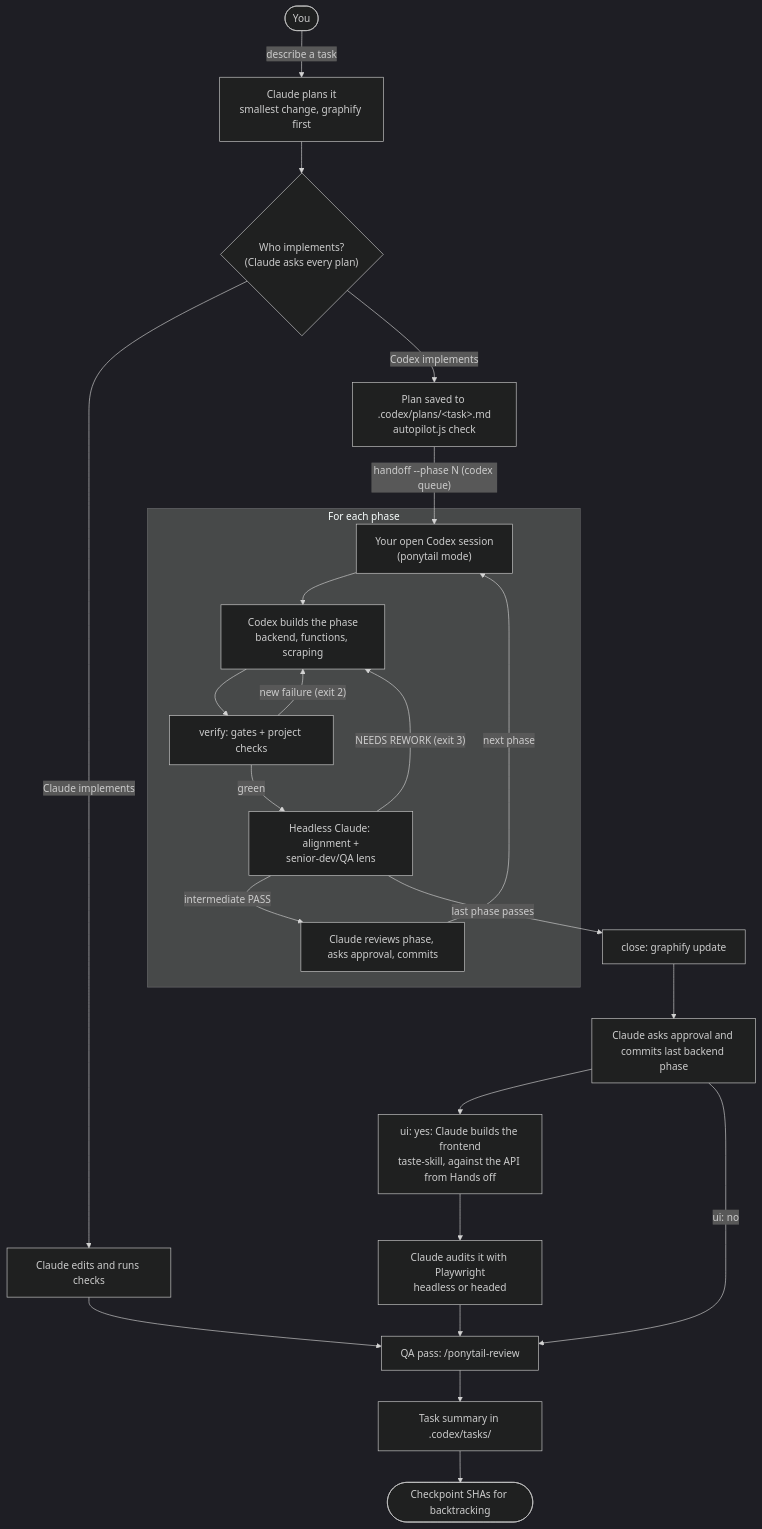
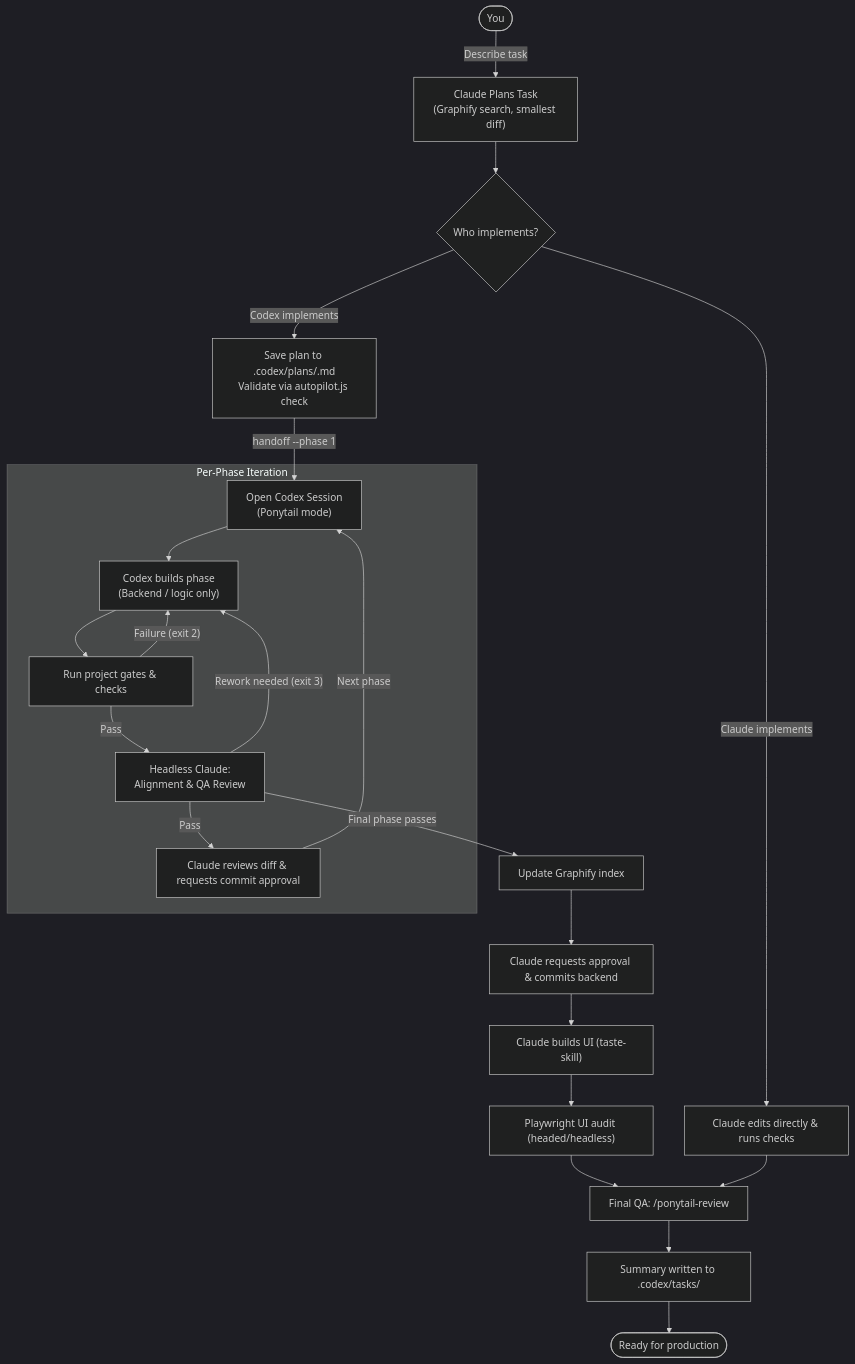
Before and after one commit to Jonrei1/dual-agent-workflow: the diagram in README.md, drawn with Mermaid (dark theme). The commit also changed other lines of this file, not shown here.

Commit message:
docs: truncate README.md to short summary

````diff
--- a/README.md
+++ b/README.md
@@ -30,28 +113,27 @@
 ```mermaid
 flowchart TD
-    you([You]) -->|describe a task| plan["Claude plans it<br/>smallest change, graphify first"]
-    plan --> ask{"Who implements?<br/>(Claude asks every plan)"}
-    ask -->|Claude implements| direct["Claude edits and runs checks"]
-    ask -->|Codex implements| save["Plan saved to .codex/plans/&lt;task&gt;.md<br/>autopilot.js check"]
-    save -->|"handoff --phase N (codex queue)"| codex["Your open Codex session<br/>(ponytail mode)"]
+    you([You]) -->|Describe task| plan["Claude Plans Task<br/>(Graphify search, smallest diff)"]
+    plan --> ask{"Who implements?"}
+    ask -->|Claude implements| direct["Claude edits directly & runs checks"]
+    ask -->|Codex implements| save["Save plan to .codex/plans/<task>.md<br/>Validate via autopilot.js check"]
+    save -->|"handoff --phase 1"| codex["Open Codex Session<br/>(Ponytail mode)"]
 
-    subgraph loop ["For each phase"]
-        codex --> build["Codex builds the phase<br/>backend, functions, scraping"]
-        build --> verify["verify: gates + project checks"]
-        verify -->|"new failure (exit 2)"| build
-        verify -->|green| align["Headless Claude: alignment +<br/>senior-dev/QA lens"]
-        align -->|"NEEDS REWORK (exit 3)"| build
-        align -->|intermediate PASS| checkpoint["Claude reviews phase, asks approval, commits"]
-        checkpoint -->|next phase| codex
+    subgraph loop ["Per-Phase Iteration"]
+        codex --> build["Codex builds phase<br/>(Backend / logic only)"]
+        build --> verify["Run project gates & checks"]
+        verify -->|"Failure (exit 2)"| build
+        verify -->|Pass| align["Headless Claude:<br/>Alignment & QA Review"]
+        align -->|"Rework needed (exit 3)"| build
+        align -->|Pass| checkpoint["Claude reviews diff & requests commit approval"]
+        checkpoint -->|Next phase| codex
     end
 
-    align -->|last phase passes| close["close: graphify update"]
-    close --> review["Claude asks approval and commits last backend phase"]
-    review --> front["ui: yes: Claude builds the frontend<br/>taste-skill, against the API from Hands off"]
-    front --> audit["Claude audits it with Playwright<br/>headless or headed"]
-    audit --> qa
-    direct --> qa["QA pass: /ponytail-review"]
-    review -->|"ui: no"| qa
-    qa --> summary["Task summary in .codex/tasks/"]
-    summary --> commit([Checkpoint SHAs for backtracking])
+    align -->|Final phase passes| close["Update Graphify index"]
+    close --> commitLast["Claude requests approval & commits backend"]
+    commitLast --> front["Claude builds UI (taste-skill)"]
+    front --> audit["Playwright UI audit (headed/headless)"]
+    audit --> qa["Final QA: /ponytail-review"]
+    direct --> qa
+    qa --> summary["Summary written to .codex/tasks/"]
+    summary --> done([Ready for production])
 ```
````
